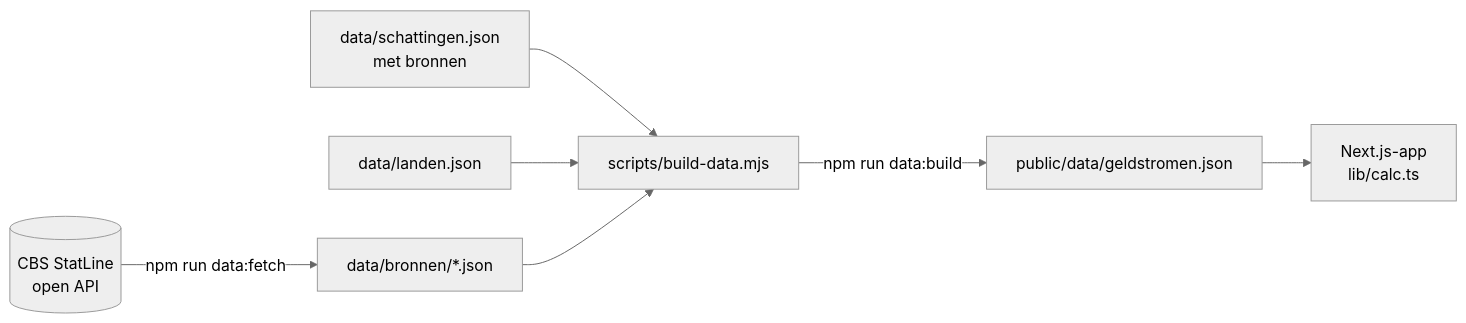
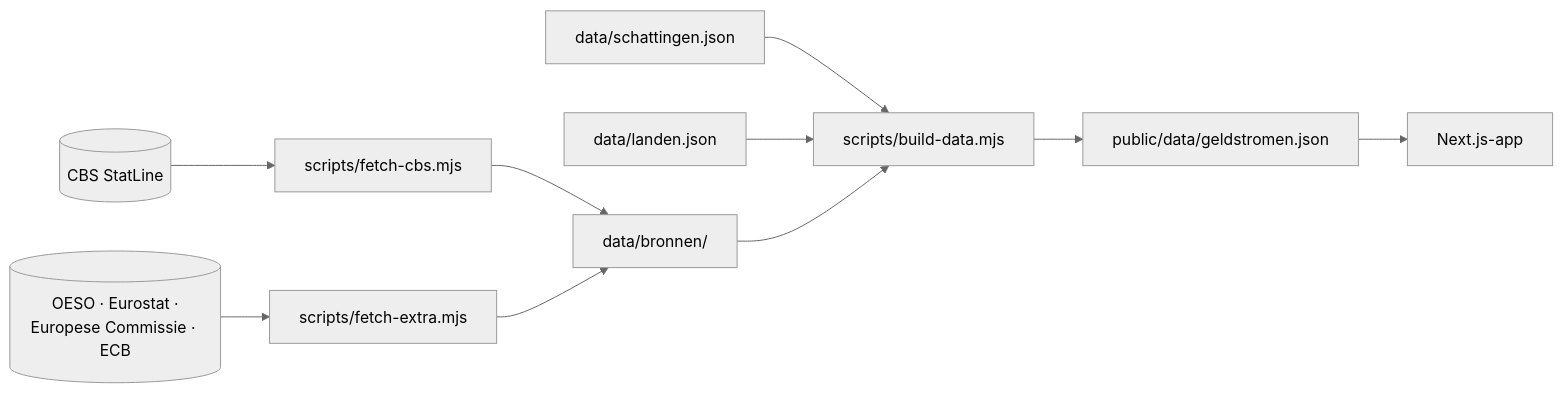
Before and after one commit to ProAdmin007/nederlandse-geldstromen: the diagram in README.md, drawn with Mermaid (neutral theme). The commit also changed other lines of this file and 37 other files, not shown here.

````diff
--- a/README.md
+++ b/README.md
@@ -69,9 +78,12 @@
 ```mermaid
 flowchart LR
-  CBS[(CBS StatLine<br/>open API)] -->|npm run data:fetch| RAW[data/bronnen/*.json]
-  EST[data/schattingen.json<br/>met bronnen] --> BUILD
+  CBS[(CBS StatLine)] --> F1[scripts/fetch-cbs.mjs]
+  OTHER[(OESO · Eurostat ·<br/>Europese Commissie · ECB)] --> F2[scripts/fetch-extra.mjs]
+  F1 --> RAW[data/bronnen/]
+  F2 --> RAW
+  EST[data/schattingen.json] --> BUILD
   MAP[data/landen.json] --> BUILD
   RAW --> BUILD[scripts/build-data.mjs]
-  BUILD -->|npm run data:build| JSON[public/data/geldstromen.json]
-  JSON --> APP[Next.js-app<br/>lib/calc.ts]
+  BUILD --> JSON[public/data/geldstromen.json]
+  JSON --> APP[Next.js-app]
 ```
````
